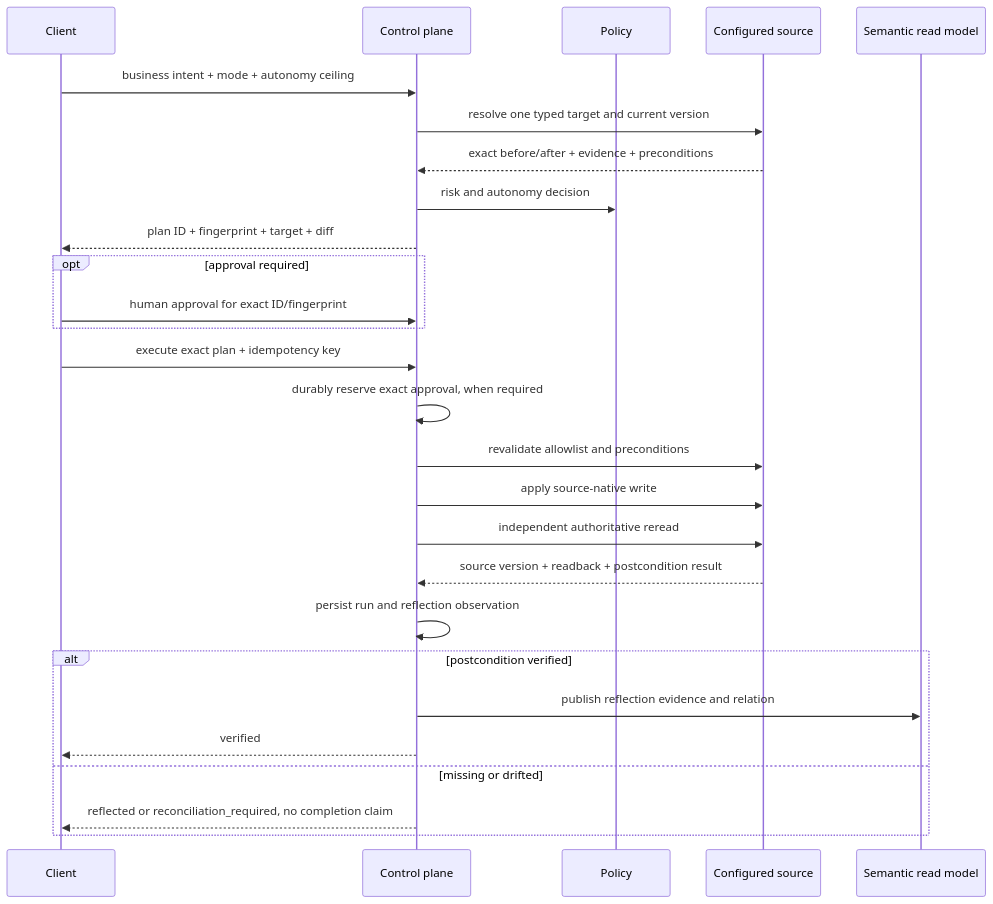
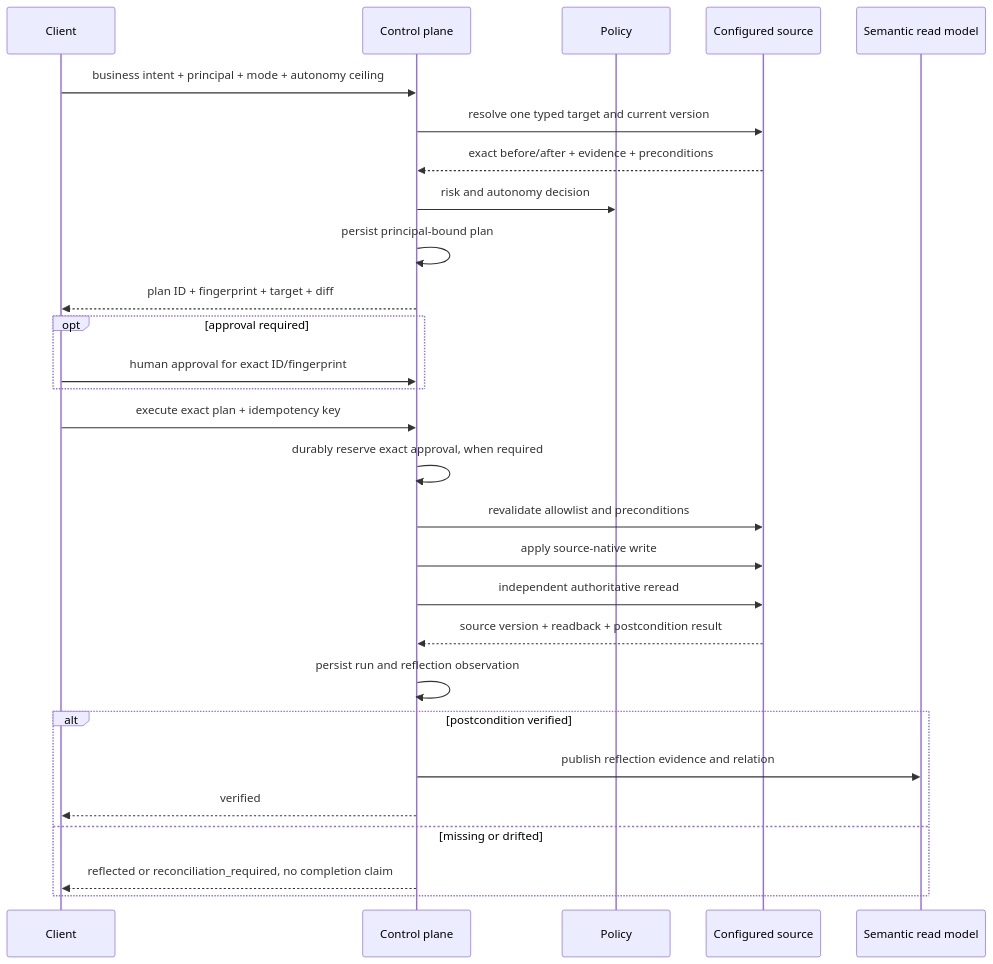
Before and after one commit to aantenore/semantic-junkyard: the third of 3 diagrams in docs/architecture.md, drawn with Mermaid. The commit also changed other lines of this file and 43 other files, not shown here.

````diff
--- a/docs/architecture.md
+++ b/docs/architecture.md
@@ -129,30 +133,31 @@
 ```mermaid
 sequenceDiagram
   participant Client
   participant Plane as Control plane
   participant Policy
   participant Source as Configured source
   participant ReadModel as Semantic read model
 
-  Client->>Plane: business intent + mode + autonomy ceiling
+  Client->>Plane: business intent + principal + mode + autonomy ceiling
   Plane->>Source: resolve one typed target and current version
   Source-->>Plane: exact before/after + evidence + preconditions
   Plane->>Policy: risk and autonomy decision
+  Plane->>Plane: persist principal-bound plan
   Plane-->>Client: plan ID + fingerprint + target + diff
   opt approval required
     Client->>Plane: human approval for exact ID/fingerprint
   end
   Client->>Plane: execute exact plan + idempotency key
   Plane->>Plane: durably reserve exact approval, when required
   Plane->>Source: revalidate allowlist and preconditions
   Plane->>Source: apply source-native write
   Plane->>Source: independent authoritative reread
   Source-->>Plane: source version + readback + postcondition result
   Plane->>Plane: persist run and reflection observation
   alt postcondition verified
     Plane->>ReadModel: publish reflection evidence and relation
     Plane-->>Client: verified
   else missing or drifted
     Plane-->>Client: reflected or reconciliation_required, no completion claim
   end
 ```
````
